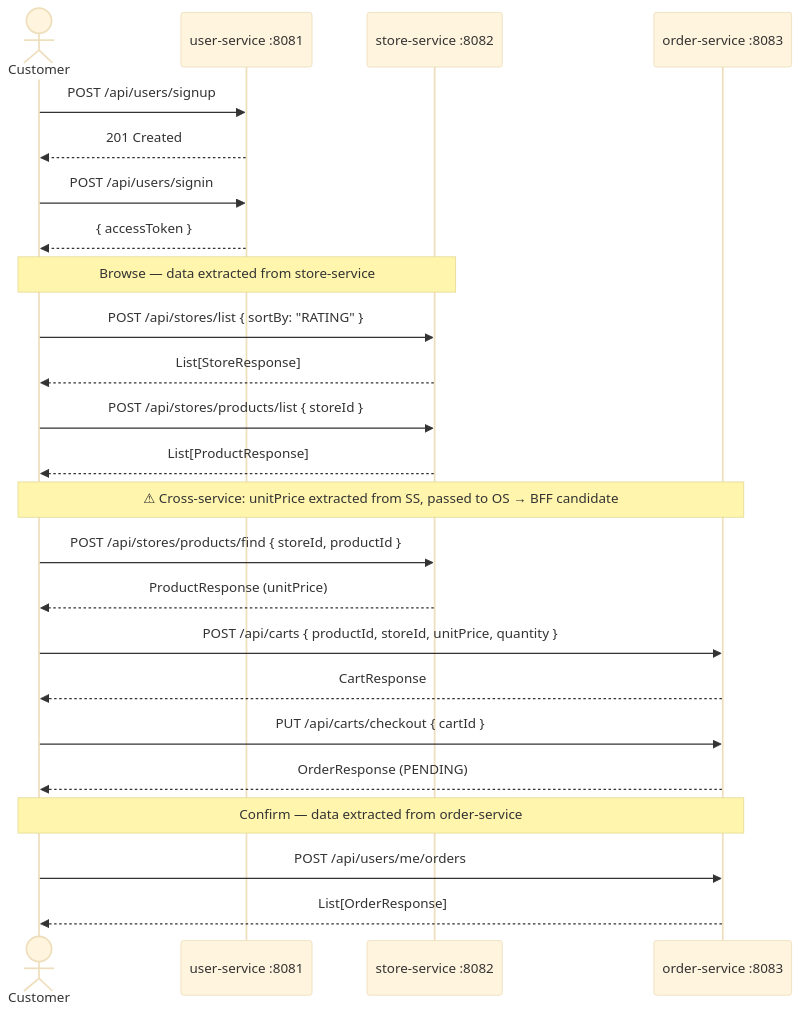
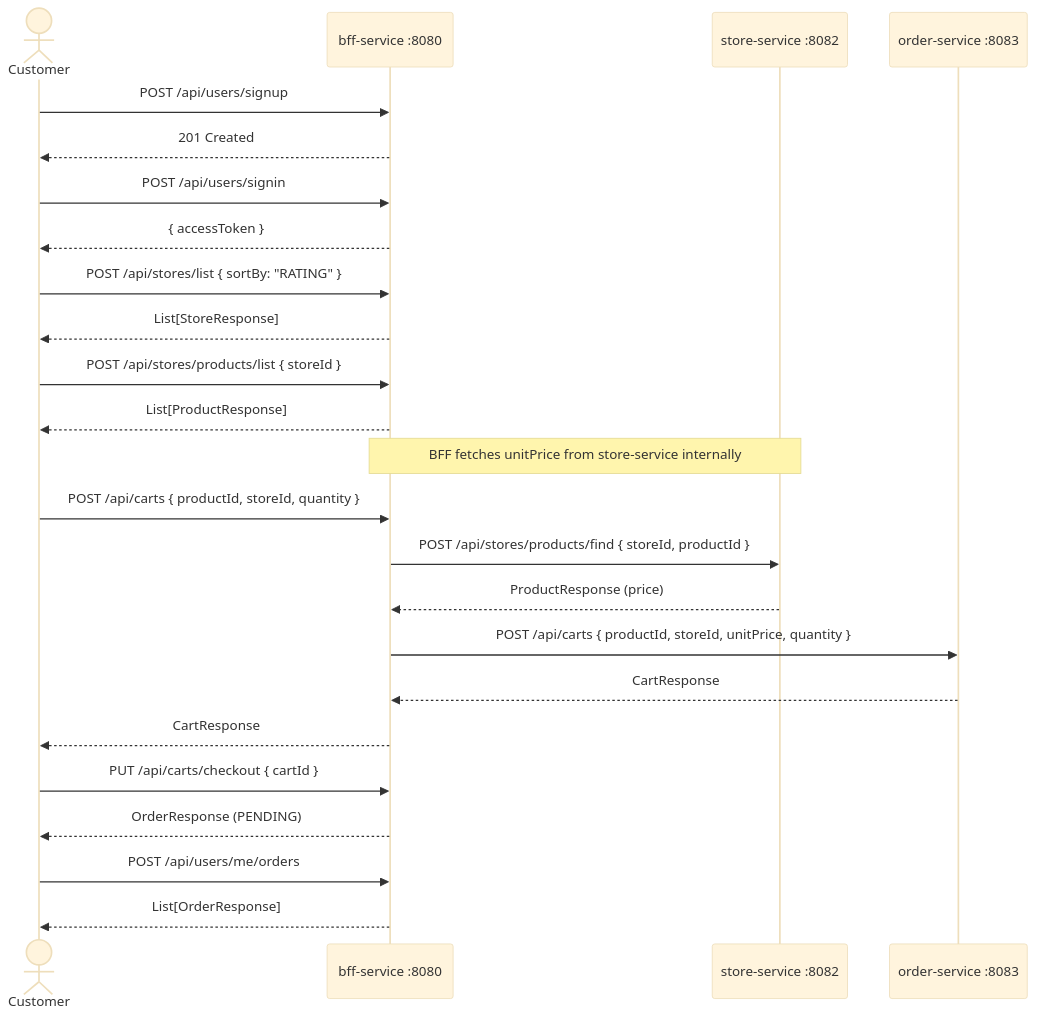
One commit to proLmpa/Deliprac changed the second of 5 diagrams in README.md. Above: the diagram before and after it, drawn with Mermaid (base theme). The commit also changed other lines of this file, not shown here.

First line of the commit message:
Restore README: add notification-service, BFF-triggered notifications, remove Kafka

````diff
--- a/README.md
+++ b/README.md
@@ -158,31 +175,31 @@
 ```mermaid
 sequenceDiagram
     actor Cu as Customer
-    participant US as user-service :8081
+    participant BFF as bff-service :8080
     participant SS as store-service :8082
     participant OS as order-service :8083
 
-    Cu->>US: POST /api/users/signup
-    US-->>Cu: 201 Created
-    Cu->>US: POST /api/users/signin
-    US-->>Cu: { accessToken }
+    Cu->>BFF: POST /api/users/signup
+    BFF-->>Cu: 201 Created
+    Cu->>BFF: POST /api/users/signin
+    BFF-->>Cu: { accessToken }
 
-    Note over Cu,SS: Browse — data extracted from store-service
-    Cu->>SS: POST /api/stores/list { sortBy: "RATING" }
-    SS-->>Cu: List[StoreResponse]
-    Cu->>SS: POST /api/stores/products/list { storeId }
-    SS-->>Cu: List[ProductResponse]
+    Cu->>BFF: POST /api/stores/list { sortBy: "RATING" }
+    BFF-->>Cu: List[StoreResponse]
+    Cu->>BFF: POST /api/stores/products/list { storeId }
+    BFF-->>Cu: List[ProductResponse]
 
-    Note over Cu,OS: ⚠ Cross-service: unitPrice extracted from SS, passed to OS → BFF candidate
-    Cu->>SS: POST /api/stores/products/find { storeId, productId }
-    SS-->>Cu: ProductResponse (unitPrice)
-    Cu->>OS: POST /api/carts { productId, storeId, unitPrice, quantity }
-    OS-->>Cu: CartResponse
+    Note over BFF,SS: BFF fetches unitPrice from store-service internally
+    Cu->>BFF: POST /api/carts { productId, storeId, quantity }
+    BFF->>SS: POST /api/stores/products/find { storeId, productId }
+    SS-->>BFF: ProductResponse (price)
+    BFF->>OS: POST /api/carts { productId, storeId, unitPrice, quantity }
+    OS-->>BFF: CartResponse
+    BFF-->>Cu: CartResponse
 
-    Cu->>OS: PUT /api/carts/checkout { cartId }
-    OS-->>Cu: OrderResponse (PENDING)
+    Cu->>BFF: PUT /api/carts/checkout { cartId }
+    BFF-->>Cu: OrderResponse (PENDING)
 
-    Note over Cu,OS: Confirm — data extracted from order-service
-    Cu->>OS: POST /api/users/me/orders
-    OS-->>Cu: List[OrderResponse]
+    Cu->>BFF: POST /api/users/me/orders
+    BFF-->>Cu: List[OrderResponse]
 ```
````
